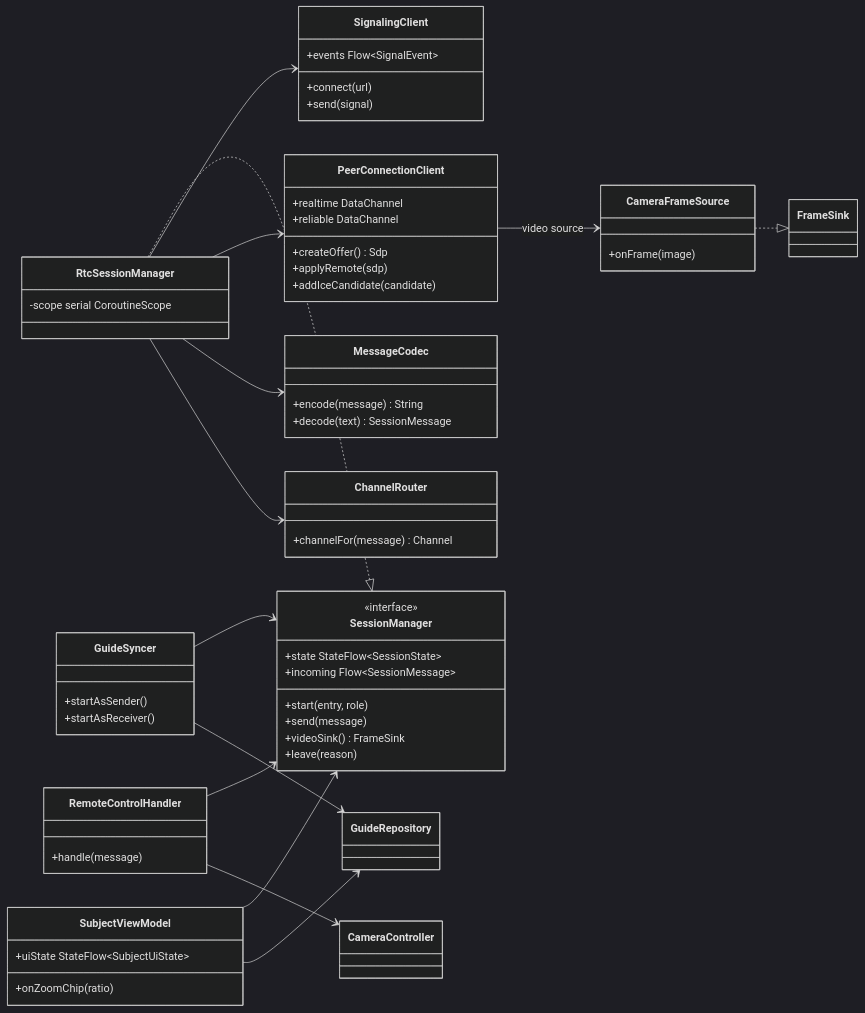
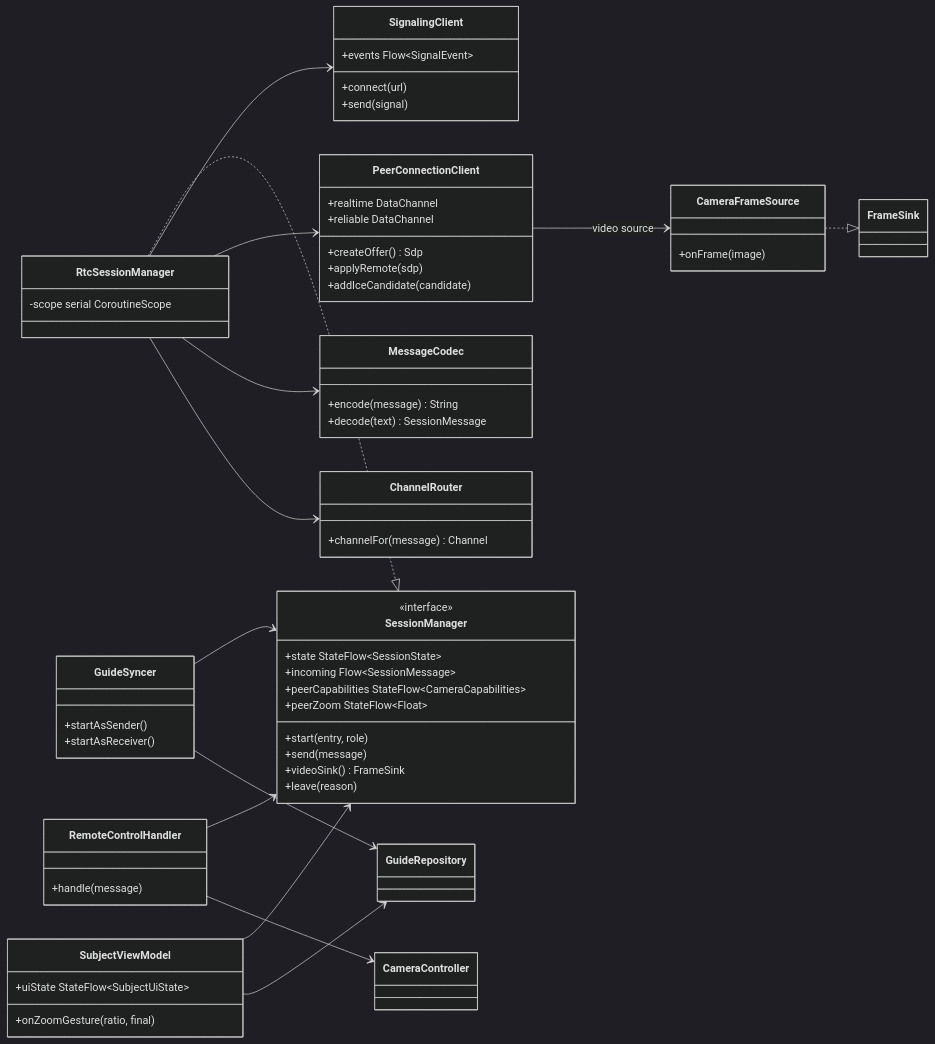
The fifth of 7 diagrams in wiki/Design-Documentation.md (snuhcs-course/swpp-2026-project-team-10), drawn with Mermaid (dark theme) before and after one commit. The commit also changed other lines of this file, not shown here.

First line of the commit message:
wiki: bring the design up to date with pinch remote zoom

````diff
--- a/wiki/Design-Documentation.md
+++ b/wiki/Design-Documentation.md
@@ -350,62 +357,64 @@
 ```mermaid
 classDiagram
   direction LR
   class SessionManager {
     <<interface>>
     +state StateFlow~SessionState~
     +incoming Flow~SessionMessage~
+    +peerCapabilities StateFlow~CameraCapabilities~
+    +peerZoom StateFlow~Float~
     +start(entry, role)
     +send(message)
     +videoSink() FrameSink
     +leave(reason)
   }
   class RtcSessionManager {
     -scope serial CoroutineScope
   }
   class SignalingClient {
     +connect(url)
     +send(signal)
     +events Flow~SignalEvent~
   }
   class PeerConnectionClient {
     +createOffer() Sdp
     +applyRemote(sdp)
     +addIceCandidate(candidate)
     +realtime DataChannel
     +reliable DataChannel
   }
   class CameraFrameSource {
     +onFrame(image)
   }
   class MessageCodec {
     +encode(message) String
     +decode(text) SessionMessage
   }
   class ChannelRouter {
     +channelFor(message) Channel
   }
   class GuideSyncer {
     +startAsSender()
     +startAsReceiver()
   }
   class RemoteControlHandler {
     +handle(message)
   }
   class SubjectViewModel {
     +uiState StateFlow~SubjectUiState~
-    +onZoomChip(ratio)
+    +onZoomGesture(ratio, final)
   }
   RtcSessionManager ..|> SessionManager
   RtcSessionManager --> SignalingClient
   RtcSessionManager --> PeerConnectionClient
   RtcSessionManager --> MessageCodec
   RtcSessionManager --> ChannelRouter
   PeerConnectionClient --> CameraFrameSource : video source
   CameraFrameSource ..|> FrameSink
   GuideSyncer --> SessionManager
   GuideSyncer --> GuideRepository
   RemoteControlHandler --> SessionManager
   RemoteControlHandler --> CameraController
   SubjectViewModel --> SessionManager
   SubjectViewModel --> GuideRepository
 ```
````
